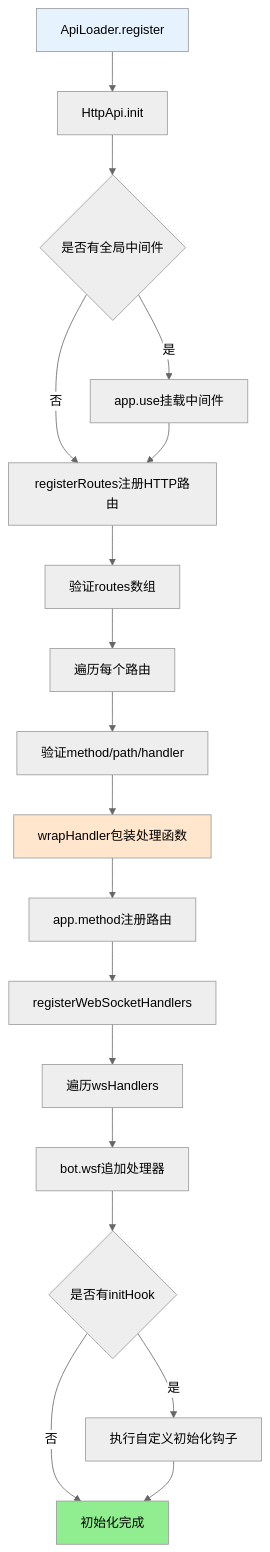
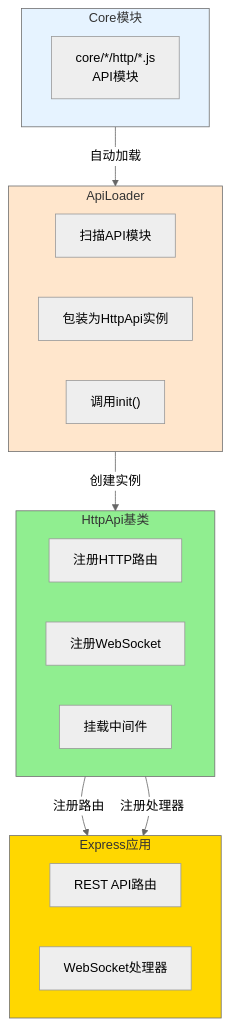
One commit to sunflowermm/XRK-AGT changed the first of 2 diagrams in docs/http-api.md. Above: the diagram before and after it, drawn with Mermaid (neutral theme). The commit also changed other lines of this file and 4 other files, not shown here.

````diff
--- a/docs/http-api.md
+++ b/docs/http-api.md
@@ -90,24 +24,33 @@
 ```mermaid
 flowchart TB
-    A["ApiLoader.register"] --> B["HttpApi.init"]
-    B --> C{"是否有全局中间件"}
-    C -->|是| D["app.use挂载中间件"]
-    C -->|否| E["registerRoutes注册HTTP路由"]
-    D --> E
-    E --> F["验证routes数组"]
-    F --> G["遍历每个路由"]
-    G --> H["验证method/path/handler"]
-    H --> I["wrapHandler包装处理函数"]
-    I --> J["app.method注册路由"]
-    J --> K["registerWebSocketHandlers"]
-    K --> L["遍历wsHandlers"]
-    L --> M["bot.wsf追加处理器"]
-    M --> N{"是否有initHook"}
-    N -->|是| O["执行自定义初始化钩子"]
-    N -->|否| P["初始化完成"]
-    O --> P
+    subgraph Core["Core模块"]
+        API["core/*/http/*.js<br/>API模块"]
+    end
     
-    style A fill:#E6F3FF
-    style I fill:#FFE6CC
-    style P fill:#90EE90
+    subgraph Loader["ApiLoader"]
+        Scan["扫描API模块"]
+        Wrap["包装为HttpApi实例"]
+        Init["调用init()"]
+    end
+    
+    subgraph HttpApi["HttpApi基类"]
+        Routes["注册HTTP路由"]
+        WS["注册WebSocket"]
+        Middleware["挂载中间件"]
+    end
+    
+    subgraph Express["Express应用"]
+        REST["REST API路由"]
+        WSHandler["WebSocket处理器"]
+    end
+    
+    Core -->|自动加载| Loader
+    Loader -->|创建实例| HttpApi
+    HttpApi -->|注册路由| Express
+    HttpApi -->|注册处理器| Express
+    
+    style Core fill:#E6F3FF
+    style Loader fill:#FFE6CC
+    style HttpApi fill:#90EE90
+    style Express fill:#FFD700
 ```
````
